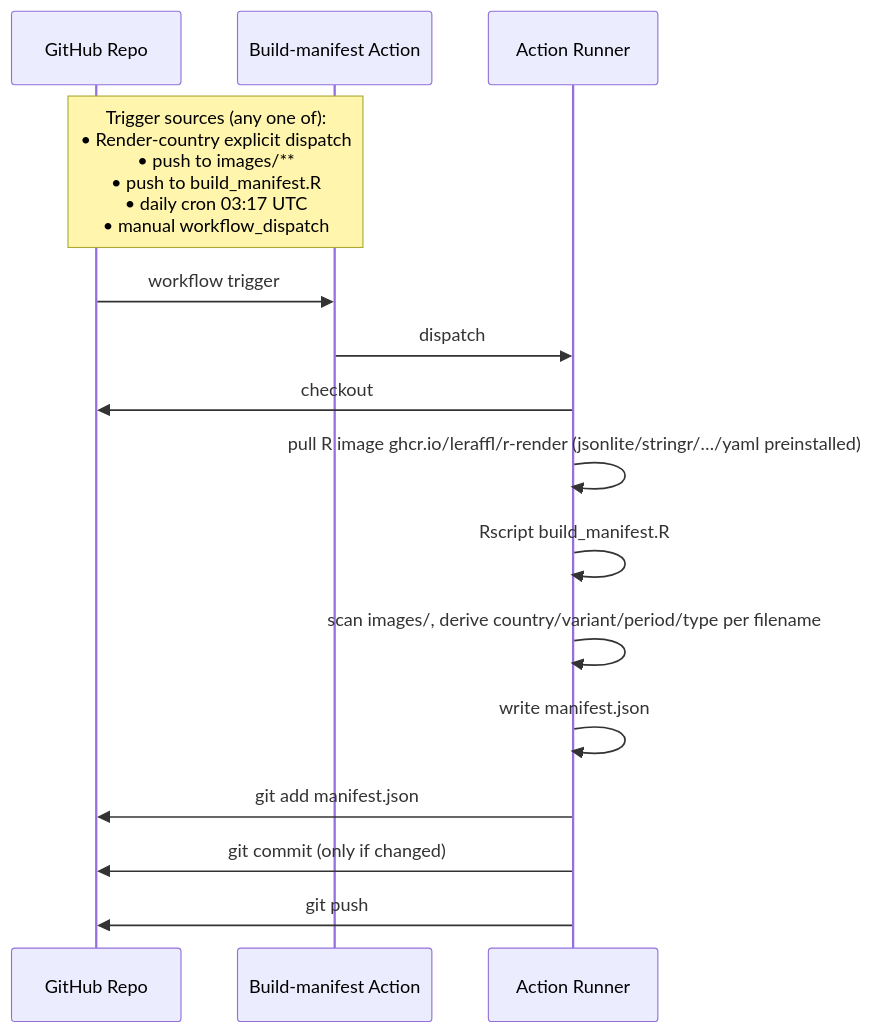
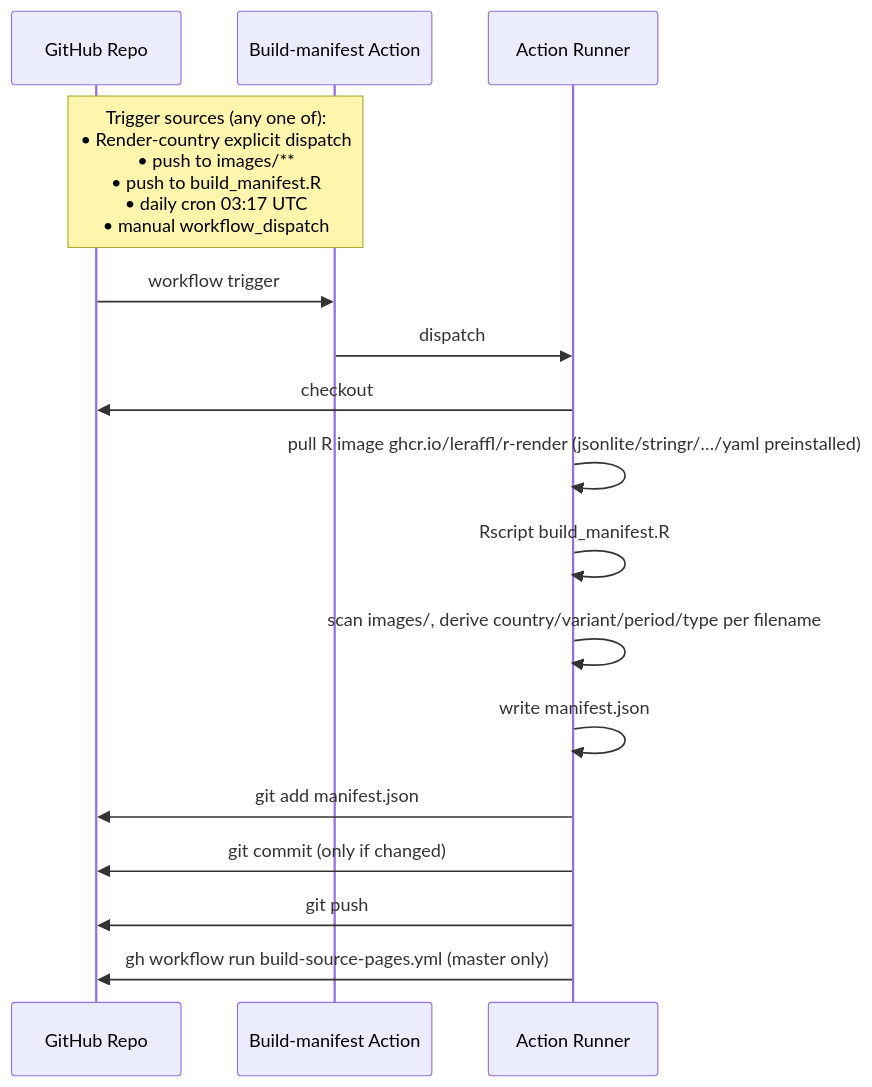
One commit to LeRaffl/LeRaffl-Gallery changed the fifth of 26 diagrams in docs/architecture/05-flows.md. Above: the diagram before and after it, drawn with Mermaid. The commit also changed other lines of this file and 6 other files, not shown here.

First line of the commit message:
ci: dispatch Build source pages after the manifest commit

````diff
--- a/docs/architecture/05-flows.md
+++ b/docs/architecture/05-flows.md
@@ -206,18 +206,19 @@
 ```mermaid
 sequenceDiagram
     participant Repo as GitHub Repo
     participant Action as Build-manifest Action
     participant Runner as Action Runner
 
     Note over Repo,Action: Trigger sources (any one of):<br/>• Render-country explicit dispatch<br/>• push to images/**<br/>• push to build_manifest.R<br/>• daily cron 03:17 UTC<br/>• manual workflow_dispatch
     Repo->>Action: workflow trigger
     Action->>Runner: dispatch
     Runner->>Repo: checkout
     Runner->>Runner: pull R image ghcr.io/leraffl/r-render (jsonlite/stringr/…/yaml preinstalled)
     Runner->>Runner: Rscript build_manifest.R
     Runner->>Runner: scan images/, derive country/variant/period/type per filename
     Runner->>Runner: write manifest.json
     Runner->>Repo: git add manifest.json
     Runner->>Repo: git commit (only if changed)
     Runner->>Repo: git push
+    Runner->>Repo: gh workflow run build-source-pages.yml (master only)
 ```
````
